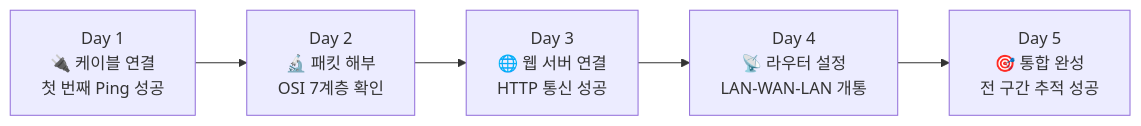
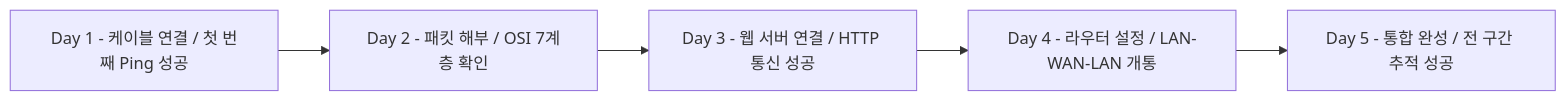
Before and after one commit to sbaek100/sbaek100.github.io: the second of 2 diagrams in _posts/2026-03-09-network-15.md, drawn with Mermaid. The commit also changed other lines of this file, not shown here.

````diff
--- a/_posts/2026-03-09-network-15.md
+++ b/_posts/2026-03-09-network-15.md
@@ -396,10 +394,10 @@
 ```mermaid
 graph LR
-    W1["Day 1<br/>🔌 케이블 연결<br/>첫 번째 Ping 성공"]
-    W2["Day 2<br/>🔬 패킷 해부<br/>OSI 7계층 확인"]
-    W3["Day 3<br/>🌐 웹 서버 연결<br/>HTTP 통신 성공"]
-    W4["Day 4<br/>📡 라우터 설정<br/>LAN-WAN-LAN 개통"]
-    W5["Day 5<br/>🎯 통합 완성<br/>전 구간 추적 성공"]
+    W1["Day 1 - 케이블 연결 / 첫 번째 Ping 성공"]
+    W2["Day 2 - 패킷 해부 / OSI 7계층 확인"]
+    W3["Day 3 - 웹 서버 연결 / HTTP 통신 성공"]
+    W4["Day 4 - 라우터 설정 / LAN-WAN-LAN 개통"]
+    W5["Day 5 - 통합 완성 / 전 구간 추적 성공"]
 
     W1 --> W2 --> W3 --> W4 --> W5
 ```
````
